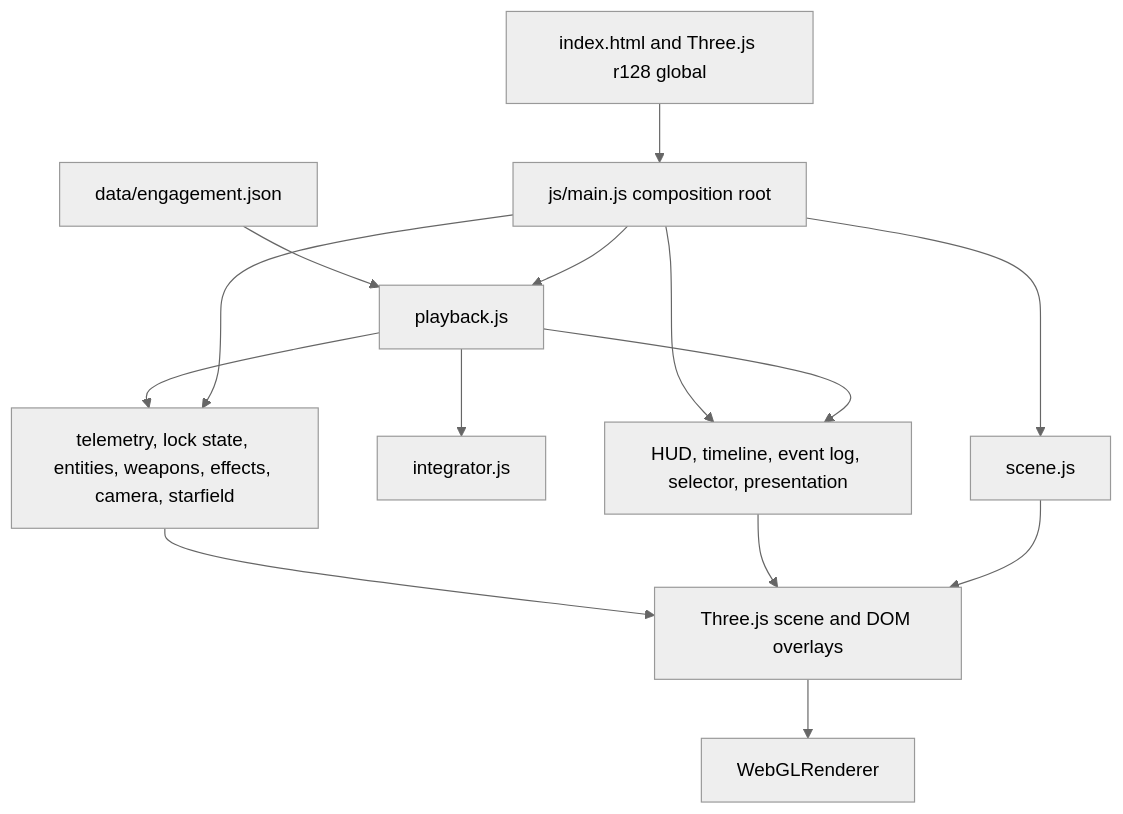
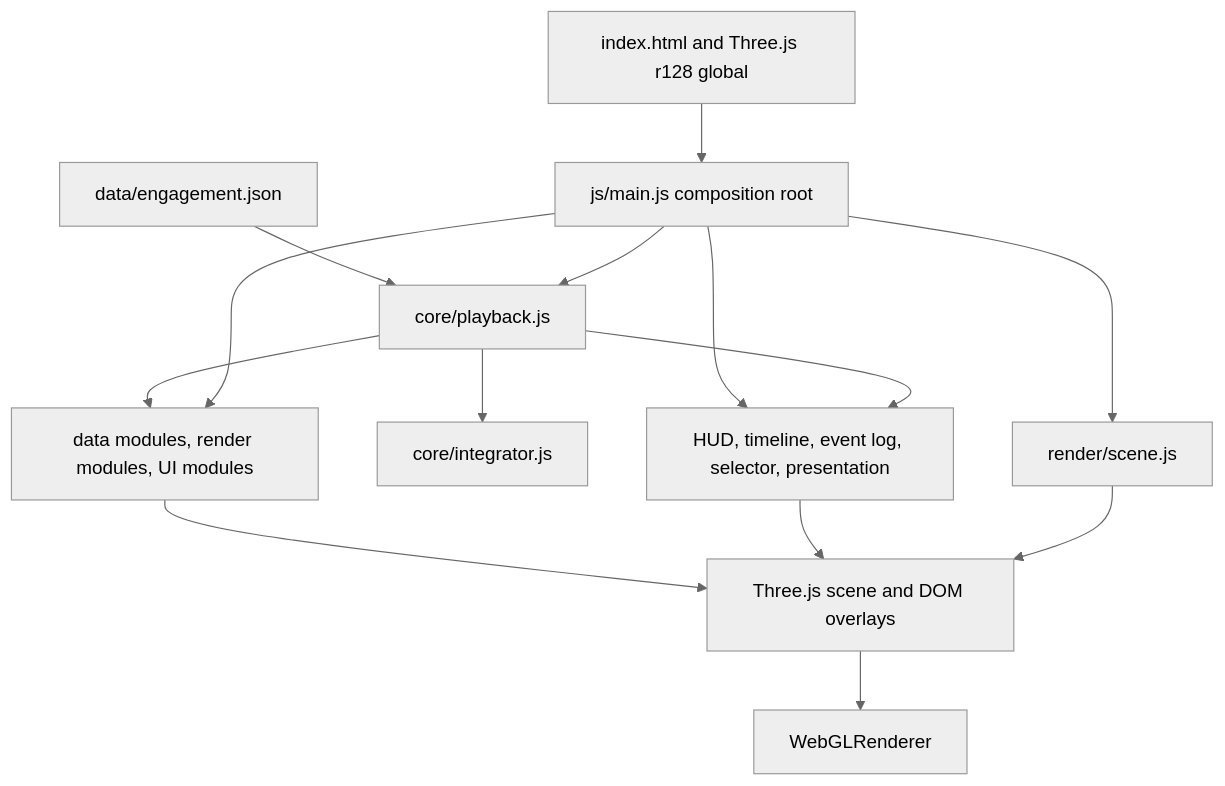
Before and after one commit to PhakphumV/the-expanse-tacview: the diagram in ARCHITECTURE.md, drawn with Mermaid (neutral theme). The commit also changed other lines of this file and 31 other files, not shown here.

````diff
--- a/ARCHITECTURE.md
+++ b/ARCHITECTURE.md
@@ -18,16 +18,16 @@
 ```mermaid
 flowchart TD
     HTML[index.html and Three.js r128 global] --> MAIN[js/main.js composition root]
-    JSON[data/engagement.json] --> PLAY[playback.js]
+    JSON[data/engagement.json] --> PLAY[core/playback.js]
     MAIN --> PLAY
-    MAIN --> SCENE[scene.js]
-    PLAY --> INTEGRATOR[integrator.js]
-    PLAY --> CONSUMERS[telemetry, lock state, entities, weapons, effects, camera, starfield]
+    MAIN --> SCENE[render/scene.js]
+    PLAY --> INTEGRATOR[core/integrator.js]
+    PLAY --> CONSUMERS[data modules, render modules, UI modules]
     MAIN --> CONSUMERS
     CONSUMERS --> VIEW[Three.js scene and DOM overlays]
     MAIN --> UI[HUD, timeline, event log, selector, presentation]
     PLAY --> UI
     UI --> VIEW
     SCENE --> VIEW
     VIEW --> RENDER[WebGLRenderer]
 ```
````
